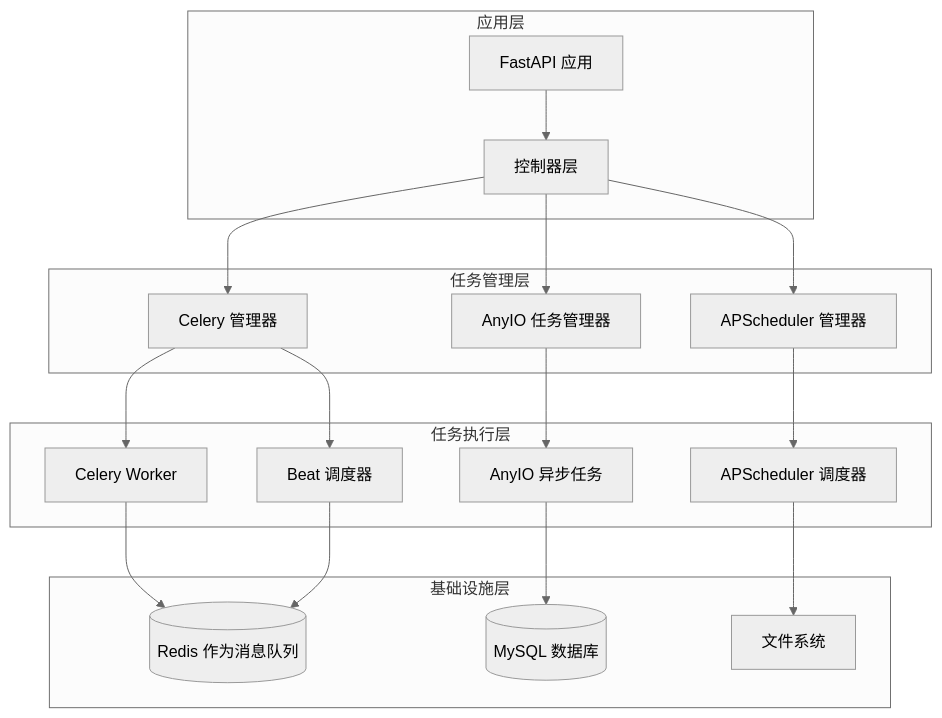
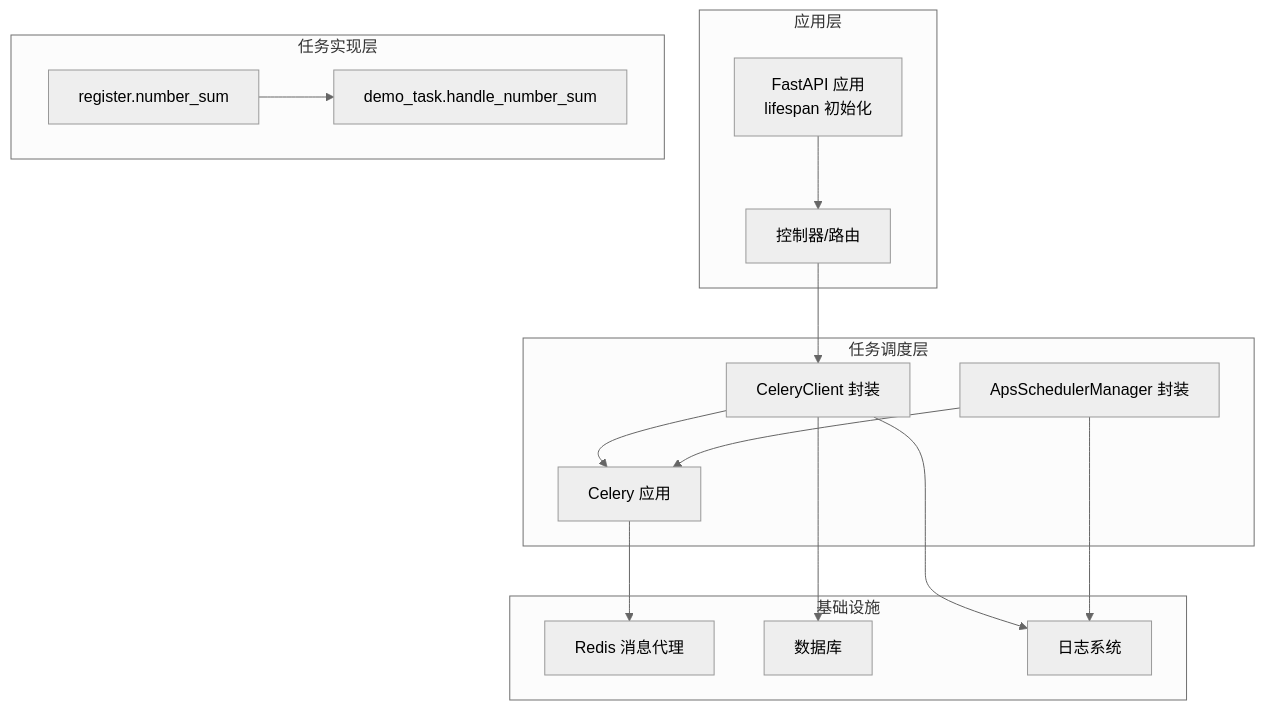
Before and after one commit to lilinzezzzzzz/fastapi-backend: the first of 7 diagrams in .qoder/repowiki/zh/content/任务调度系统/任务调度系统.md, drawn with Mermaid (neutral theme). The commit also changed other lines of this file and 104 other files, not shown here.

````diff
--- a/.qoder/repowiki/zh/content/任务调度系统/任务调度系统.md
+++ b/.qoder/repowiki/zh/content/任务调度系统/任务调度系统.md
@@ -43,35 +46,30 @@
 ```mermaid
 graph TB
 subgraph "应用层"
-FastAPI[FastAPI 应用]
-Controllers[控制器层]
+FastAPI["FastAPI 应用<br/>lifespan 初始化"]
+Controllers["控制器/路由"]
 end
-subgraph "任务管理层"
-CeleryMgr[Celery 管理器]
-APSMgr[APScheduler 管理器]
-AnyIOMgr[AnyIO 任务管理器]
+subgraph "任务调度层"
+CeleryClient["CeleryClient 封装"]
+CeleryApp["Celery 应用"]
+APSchedulerMgr["ApsSchedulerManager 封装"]
 end
-subgraph "任务执行层"
-CeleryWorker[Celery Worker]
-BeatScheduler[Beat 调度器]
-APSScheduler[APScheduler 调度器]
-AnyIOTasks[AnyIO 异步任务]
+subgraph "任务实现层"
+DemoTask["demo_task.handle_number_sum"]
+CeleryTask["register.number_sum"]
 end
-subgraph "基础设施层"
-Redis[(Redis 作为消息队列)]
-MySQL[(MySQL 数据库)]
-FileSystem[文件系统]
+subgraph "基础设施"
+Redis["Redis 消息代理"]
+DB["数据库"]
+Logger["日志系统"]
 end
 FastAPI --> Controllers
-Controllers --> CeleryMgr
-Controllers --> APSMgr
-Controllers --> AnyIOMgr
-CeleryMgr --> CeleryWorker
-CeleryMgr --> BeatScheduler
-APSMgr --> APSScheduler
-AnyIOMgr --> AnyIOTasks
-CeleryWorker --> Redis
-BeatScheduler --> Redis
-APSScheduler --> FileSystem
-AnyIOTasks --> MySQL
+Controllers --> CeleryClient
+CeleryClient --> CeleryApp
+CeleryApp --> Redis
+CeleryTask --> DemoTask
+APSchedulerMgr --> CeleryApp
+CeleryClient --> DB
+CeleryClient --> Logger
+APSchedulerMgr --> Logger
 ```
````
